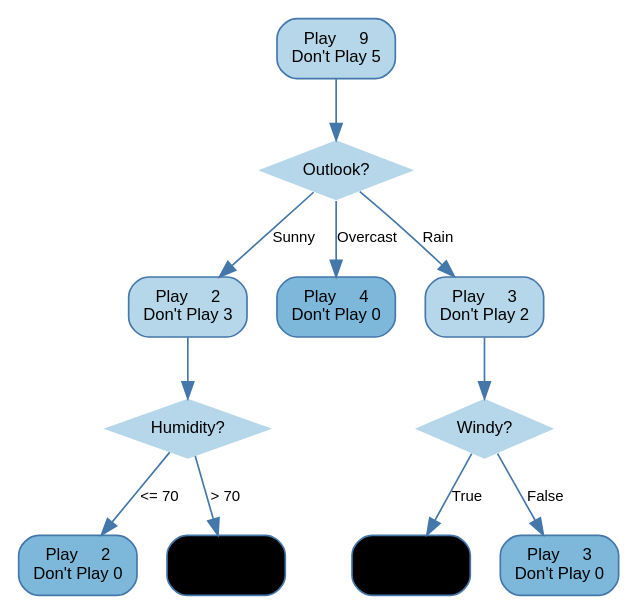
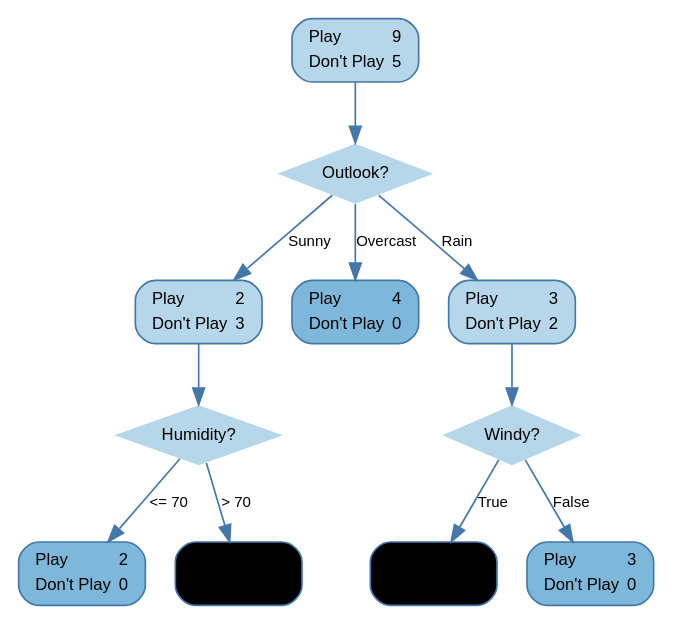
The diagram in network-graphs/decision-tree.dot (LeeCampbell/UnicornEng-Diagrams), drawn with Graphviz before and after one commit.

Commit message:
Improve decision tree label formatting with aligned text
Updates decision tree nodes to use HTML table labels for better alignment:
- Left-aligned text labels ("Play", "Don't Play")
- Right-aligned numeric values for consistent readability
- Maintains existing color coding for decision outcomes

This provides cleaner visual organization of the data within each node.

```diff
--- a/network-graphs/decision-tree.dot
+++ b/network-graphs/decision-tree.dot
@@ -1,60 +1,84 @@
 digraph GolfDecisionTree {
     // Graph settings
     rankdir=TB;
     node [fontname="Arial", fontsize=10];
     edge [fontname="Arial", fontsize=9, color="#4477aa"];
     bgcolor=white;
     
     // Root node
     root [shape=box, style="filled,rounded", fillcolor="#b6d7ea", color="#4477aa",
-          label="Play     9\nDon't Play 5"];
+          label=<<TABLE BORDER="0" CELLBORDER="0" CELLSPACING="0">
+                  <TR><TD ALIGN="LEFT">Play</TD><TD ALIGN="RIGHT">9</TD></TR>
+                  <TR><TD ALIGN="LEFT">Don't Play</TD><TD ALIGN="RIGHT">5</TD></TR>
+                </TABLE>>];
     outlook_node [shape=diamond, style=filled, fillcolor="#b6d7ea", color="none",
           label="Outlook?"];
     
     // Level 1 decision nodes
     sunny_node [shape=box, style="filled,rounded", fillcolor="#b6d7ea", color="#4477aa",
-                label="Play     2\nDon't Play 3"];
+                label=<<TABLE BORDER="0" CELLBORDER="0" CELLSPACING="0">
+                  <TR><TD ALIGN="LEFT">Play</TD><TD ALIGN="RIGHT">2</TD></TR>
+                  <TR><TD ALIGN="LEFT">Don't Play</TD><TD ALIGN="RIGHT">3</TD></TR>
+                </TABLE>>];
     overcast_node [shape=box, style="filled,rounded", fillcolor="#7db8da", color="#4477aa",
-                   label="Play     4\nDon't Play 0"];
+                   label=<<TABLE BORDER="0" CELLBORDER="0" CELLSPACING="0">
+                     <TR><TD ALIGN="LEFT">Play</TD><TD ALIGN="RIGHT">4</TD></TR>
+                     <TR><TD ALIGN="LEFT">Don't Play</TD><TD ALIGN="RIGHT">0</TD></TR>
+                   </TABLE>>];
     rain_node [shape=box, style="filled,rounded", fillcolor="#b6d7ea", color="#4477aa",
-               label="Play     3\nDon't Play 2"];
+               label=<<TABLE BORDER="0" CELLBORDER="0" CELLSPACING="0">
+                 <TR><TD ALIGN="LEFT">Play</TD><TD ALIGN="RIGHT">3</TD></TR>
+                 <TR><TD ALIGN="LEFT">Don't Play</TD><TD ALIGN="RIGHT">2</TD></TR>
+               </TABLE>>];
     
     // Level 2 decision nodes
     humidity_node [shape=diamond, style=filled, fillcolor="#b6d7ea", color="none",
                    label="Humidity?"];
     windy_node [shape=diamond, style=filled, fillcolor="#b6d7ea", color="none",
                 label="Windy?"];
     
     // Leaf nodes
     leaf1 [shape=box, style="filled,rounded", fillcolor="#7db8da", color="#4477aa",
-           label="Play     2\nDon't Play 0"];
+           label=<<TABLE BORDER="0" CELLBORDER="0" CELLSPACING="0">
+             <TR><TD ALIGN="LEFT">Play</TD><TD ALIGN="RIGHT">2</TD></TR>
+             <TR><TD ALIGN="LEFT">Don't Play</TD><TD ALIGN="RIGHT">0</TD></TR>
+           </TABLE>>];
     leaf2 [shape=box, style="filled,rounded", fillcolor="#888", color="#4477aa",
-           label="Play     0\nDon't Play 3"];
+           label=<<TABLE BORDER="0" CELLBORDER="0" CELLSPACING="0">
+             <TR><TD ALIGN="LEFT">Play</TD><TD ALIGN="RIGHT">0</TD></TR>
+             <TR><TD ALIGN="LEFT">Don't Play</TD><TD ALIGN="RIGHT">3</TD></TR>
+           </TABLE>>];
     leaf3 [shape=box, style="filled,rounded", fillcolor="#888", color="#4477aa",
-           label="Play     0\nDon't Play 2"];
+           label=<<TABLE BORDER="0" CELLBORDER="0" CELLSPACING="0">
+             <TR><TD ALIGN="LEFT">Play</TD><TD ALIGN="RIGHT">0</TD></TR>
+             <TR><TD ALIGN="LEFT">Don't Play</TD><TD ALIGN="RIGHT">2</TD></TR>
+           </TABLE>>];
     leaf4 [shape=box, style="filled,rounded", fillcolor="#7db8da", color="#4477aa",
-           label="Play     3\nDon't Play 0"];
+           label=<<TABLE BORDER="0" CELLBORDER="0" CELLSPACING="0">
+             <TR><TD ALIGN="LEFT">Play</TD><TD ALIGN="RIGHT">3</TD></TR>
+             <TR><TD ALIGN="LEFT">Don't Play</TD><TD ALIGN="RIGHT">0</TD></TR>
+           </TABLE>>];
     
     // Connections from root
     root -> outlook_node
     outlook_node -> sunny_node [label="Sunny"];
     outlook_node -> overcast_node [label="Overcast"];
     outlook_node -> rain_node [label="Rain"];
     
     // Connections from sunny node
     sunny_node -> humidity_node;
     
     // Connections from humidity node
     humidity_node -> leaf1 [label="<= 70"];
     humidity_node -> leaf2 [label="> 70"];
     
     // Overcast is a leaf (direct decision)
     // No further connections needed for overcast_node
     
     // Connections from rain node
     rain_node -> windy_node;
     
     // Connections from windy node
     windy_node -> leaf3 [label="True"];
     windy_node -> leaf4 [label="False"];
 }
```
